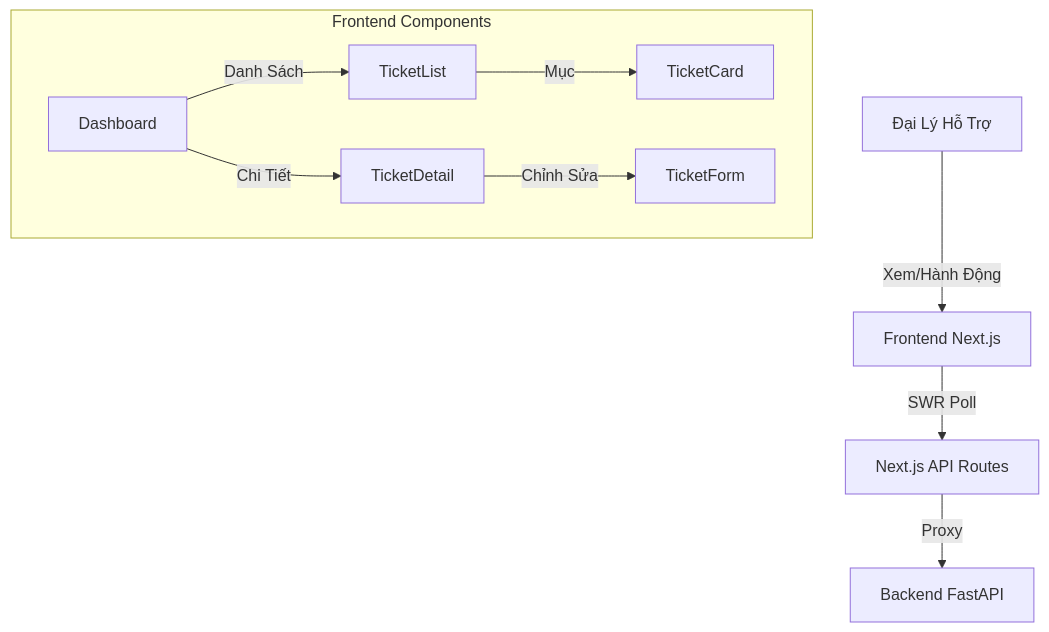
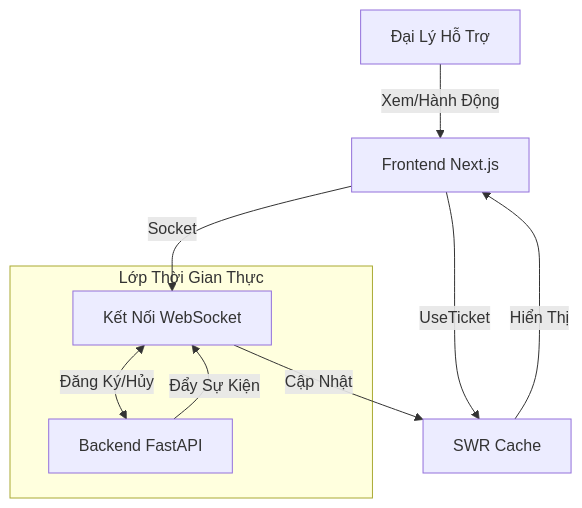
The diagram in README.vi.md (MangBao/triage-recovery-hub-fe), drawn with Mermaid before and after one commit. The commit also changed other lines of this file and 14 other files, not shown here.

Commit message:
feat: Implement real-time ticket updates via WebSockets, introduce comprehensive ticket management UI components, and add a global toaster notification system.

````diff
--- a/README.vi.md
+++ b/README.vi.md
@@ -44,13 +44,14 @@
 ```mermaid
 graph TD
     User[Đại Lý Hỗ Trợ] -->|Xem/Hành Động| UI[Frontend Next.js]
-    UI -->|SWR Poll| API[Next.js API Routes]
-    API -->|Proxy| BE[Backend FastAPI]
+    UI -->|UseTicket| SWR[SWR Cache]
+    UI -->|Socket| WS[Kết Nối WebSocket]
 
-    subgraph Frontend Components
-        Dashboard -->|Danh Sách| TicketList
-        TicketList -->|Mục| TicketCard
-        Dashboard -->|Chi Tiết| TicketDetail
-        TicketDetail -->|Chỉnh Sửa| TicketForm
+    subgraph Lớp Thời Gian Thực
+        WS <-->|Đăng Ký/Hủy| BE[Backend FastAPI]
+        BE -->|Đẩy Sự Kiện| WS
     end
+
+    WS -->|Cập Nhật| SWR
+    SWR -->|Hiển Thị| UI
 ```
````
